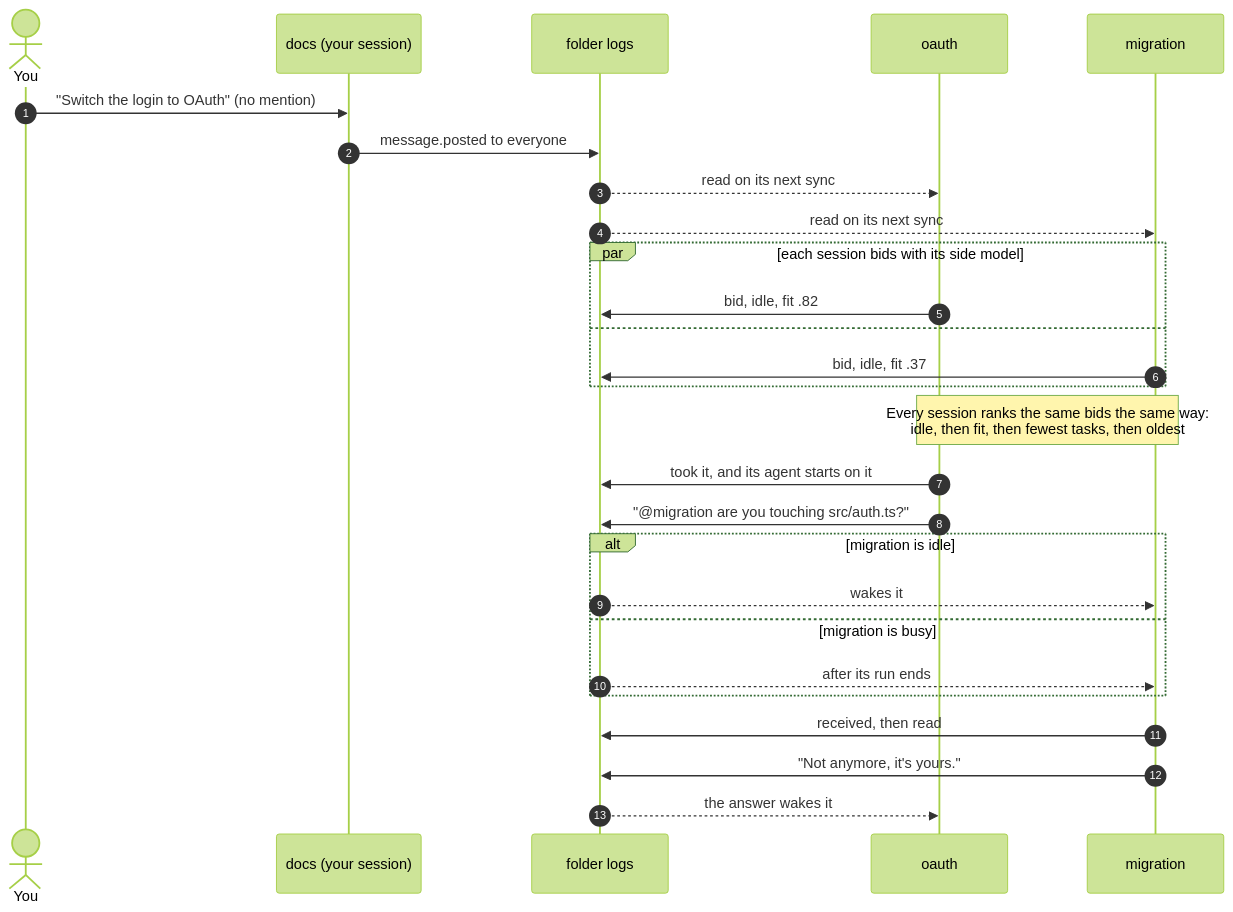
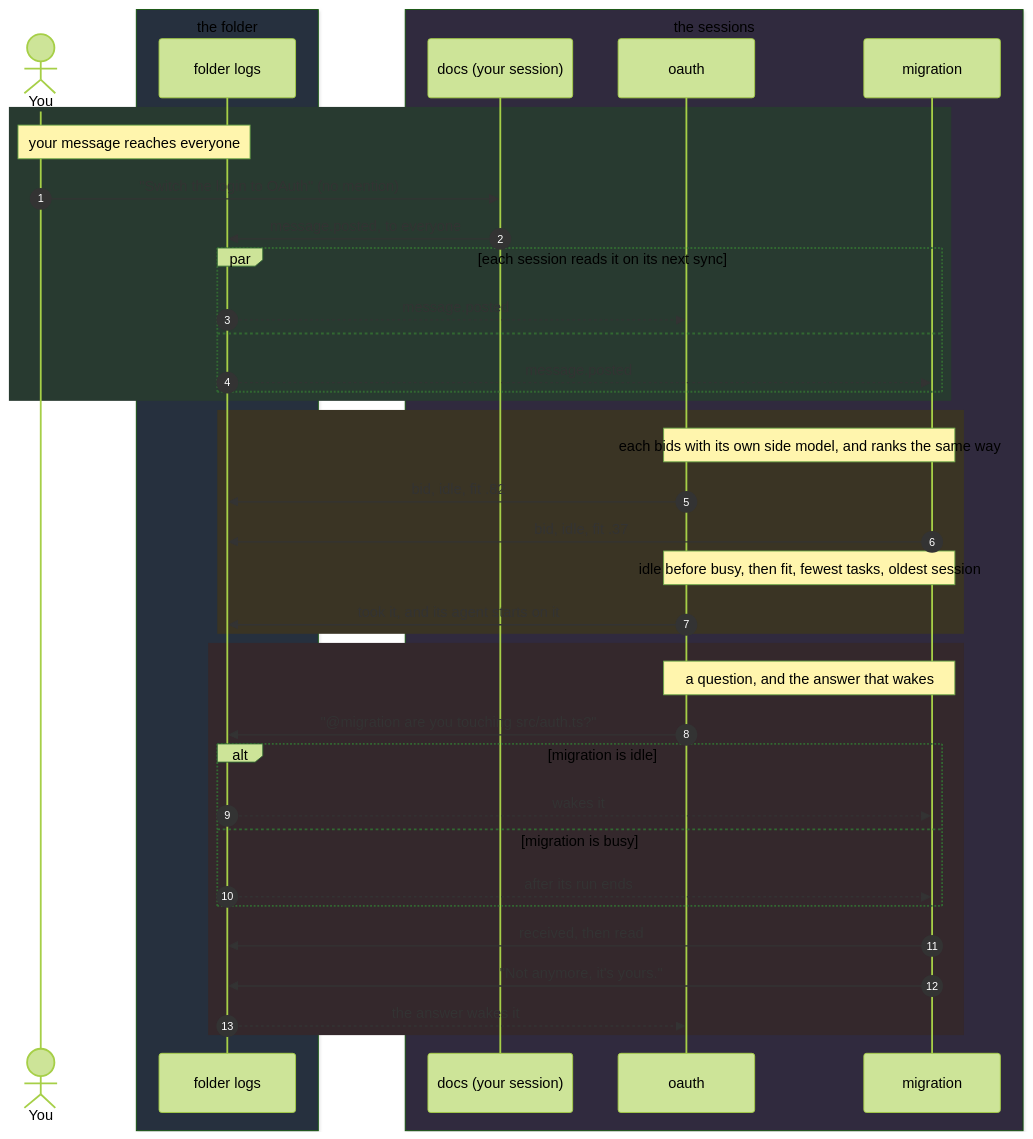
One commit to dima6312/pi-harness changed the diagram in packages/peers/README.md. Above: the diagram before and after it, drawn with Mermaid (forest theme). The commit also changed other lines of this file and 4 other files, not shown here.

Commit message:
fix(peers): show only state, current task and edited files for each agent, wrapping the task

````diff
--- a/packages/peers/README.md
+++ b/packages/peers/README.md
@@ -54,31 +66,45 @@
 ```mermaid
 sequenceDiagram
     autonumber
     actor You
-    participant Docs as docs (your session)
-    participant Log as folder logs
-    participant OAuth as oauth
-    participant Migration as migration
+    box rgb(38,48,62) the folder
+      participant Log as folder logs
+    end
+    box rgb(48,42,62) the sessions
+      participant Docs as docs (your session)
+      participant OAuth as oauth
+      participant Migration as migration
+    end
 
-    You->>Docs: "Switch the login to OAuth" (no mention)
-    Docs->>Log: message.posted to everyone
-    Log-->>OAuth: read on its next sync
-    Log-->>Migration: read on its next sync
-    par each session bids with its side model
-        OAuth->>Log: bid, idle, fit .82
-    and
-        Migration->>Log: bid, idle, fit .37
+    rect rgb(40,58,48)
+      Note over You,Log: your message reaches everyone
+      You->>Docs: "Switch the login to OAuth" (no mention)
+      Docs->>Log: message.posted, to everyone
+      par each session reads it on its next sync
+        Log-->>OAuth: message.posted
+      and
+        Log-->>Migration: message.posted
+      end
     end
-    Note over OAuth,Migration: Every session ranks the same bids the same way:<br/>idle, then fit, then fewest tasks, then oldest
-    OAuth->>Log: took it, and its agent starts on it
 
-    OAuth->>Log: "@migration are you touching src/auth.ts?"
-    alt migration is idle
+    rect rgb(58,52,36)
+      Note over OAuth,Migration: each bids with its own side model, and ranks the same way
+      OAuth->>Log: bid, idle, fit .82
+      Migration->>Log: bid, idle, fit .37
+      Note over OAuth,Migration: idle before busy, then fit, fewest tasks, oldest session
+      OAuth->>Log: took it, and its agent starts on it
+    end
+
+    rect rgb(52,40,44)
+      Note over OAuth,Migration: a question, and the answer that wakes
+      OAuth->>Log: "@migration are you touching src/auth.ts?"
+      alt migration is idle
         Log-->>Migration: wakes it
-    else migration is busy
+      else migration is busy
         Log-->>Migration: after its run ends
+      end
+      Migration->>Log: received, then read
+      Migration->>Log: "Not anymore, it's yours."
+      Log-->>OAuth: the answer wakes it
     end
-    Migration->>Log: received, then read
-    Migration->>Log: "Not anymore, it's yours."
-    Log-->>OAuth: the answer wakes it
 ```
````
